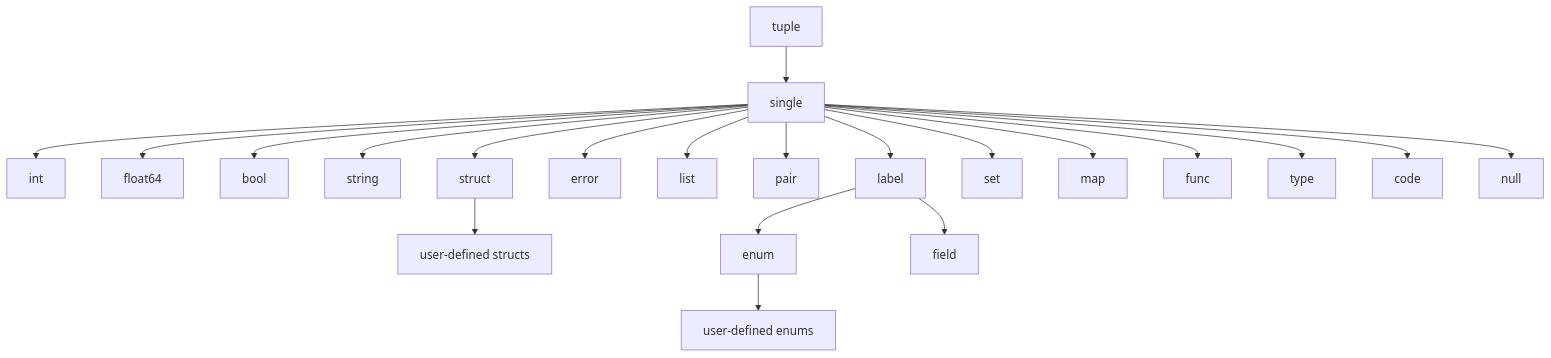
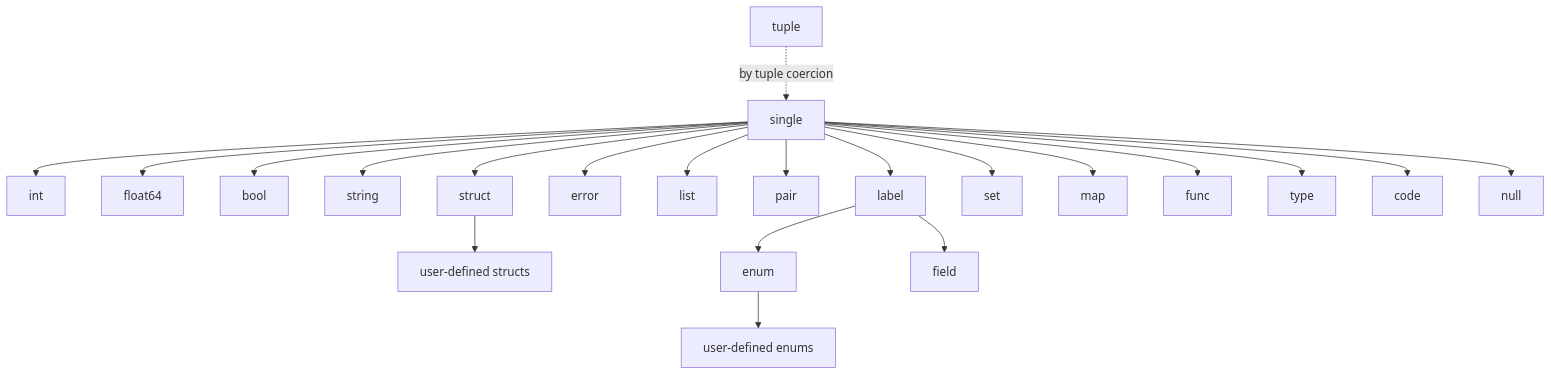
Before and after one commit to landry-some/Pipefish: the diagram in README.md, drawn with Mermaid. The commit also changed other lines of this file, not shown here.

````diff
--- a/README.md
+++ b/README.md
@@ -1111,23 +1111,23 @@
 ```mermaid
 graph TD;
-    tuple-->single;
+    tuple-. by tuple coercion .->single;
     single-->int;
     single-->float64;
     single-->bool;
     single-->string;
     single-->struct;
     single-->error;
     single-->list;
     single-->pair;
     single-->label;
     single-->set;
     single-->M[map];
     single-->func;
     single-->type;
     single-->code;
     single-->null;
     struct-->X[user-defined structs];
     label-->enum;
     label-->field;
     enum-->Y[user-defined enums];
 ```
````
